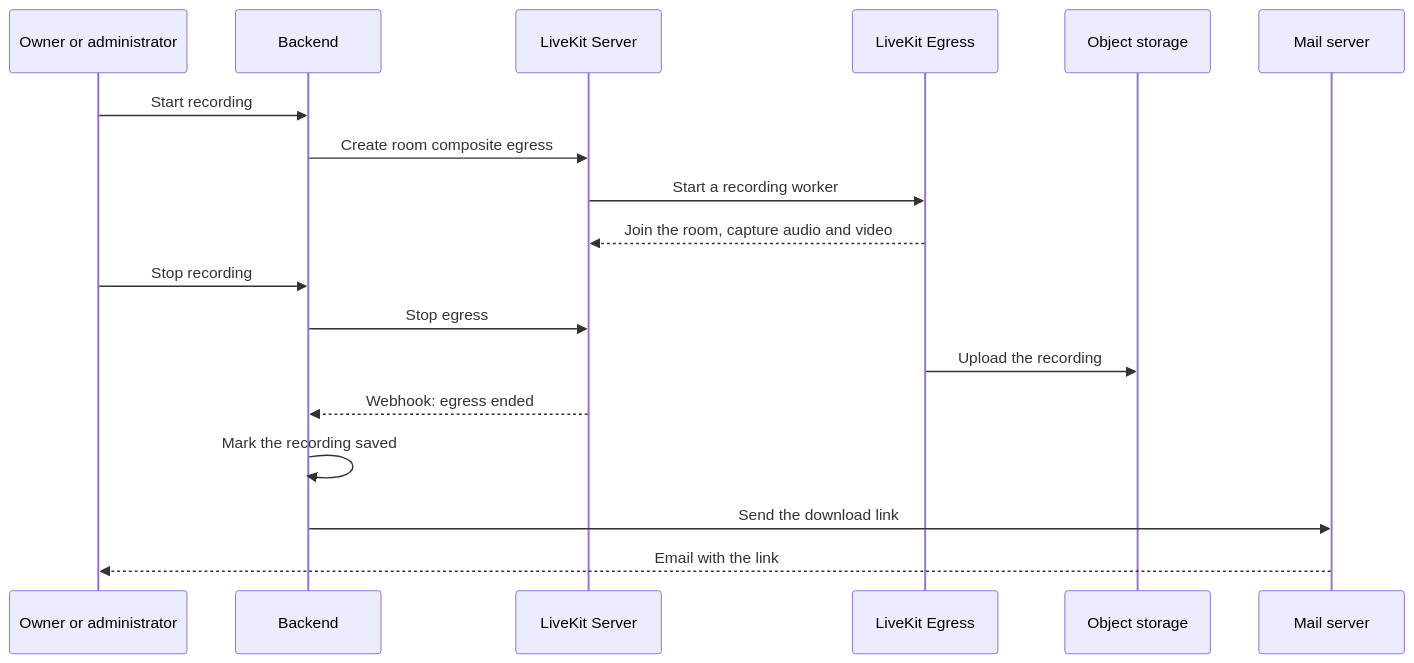
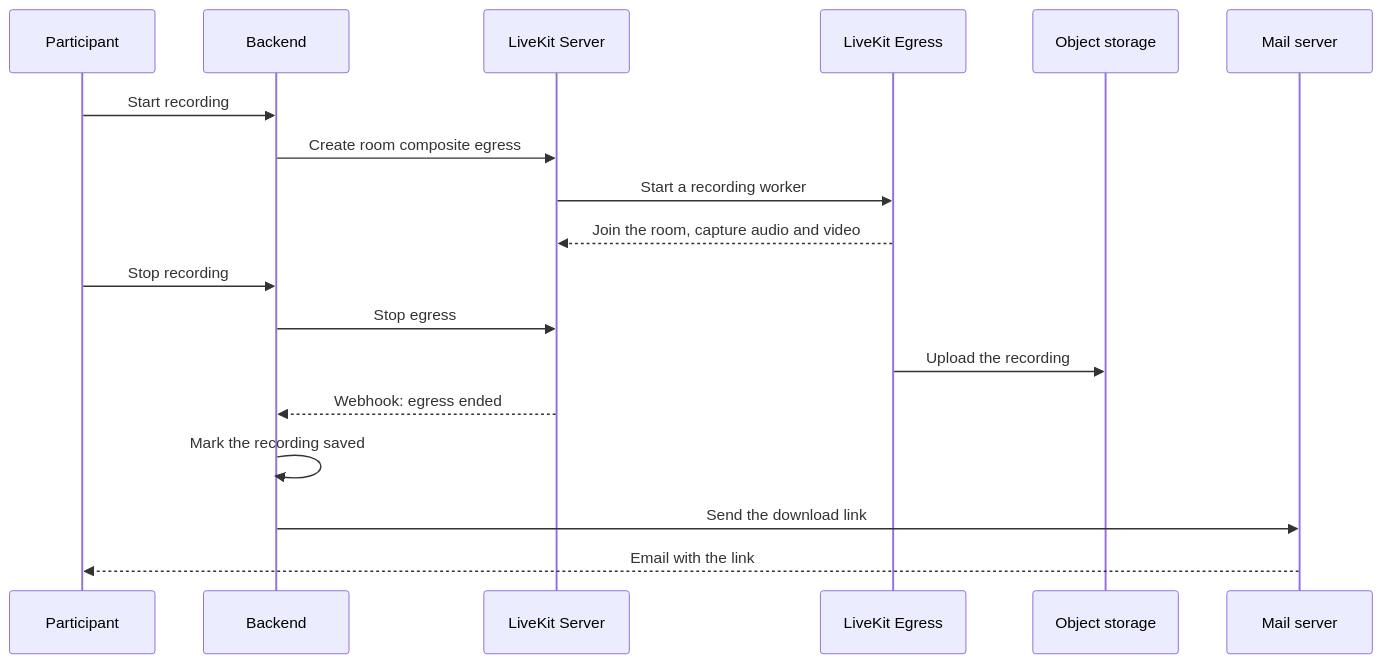
The third of 3 diagrams in docs/overview/how-meet-works.md (suitenumerique/meet), drawn with Mermaid before and after one commit. The commit also changed other lines of this file and 70 other files, not shown here.

````diff
--- a/docs/overview/how-meet-works.md
+++ b/docs/overview/how-meet-works.md
@@ -113,21 +131,21 @@
 ```mermaid
 sequenceDiagram
-    participant U as Owner or administrator
+    participant U as Participant
     participant BE as Backend
     participant LK as LiveKit Server
     participant EG as LiveKit Egress
     participant S3 as Object storage
     participant Mail as Mail server
 
     U->>BE: Start recording
     BE->>LK: Create room composite egress
     LK->>EG: Start a recording worker
     EG-->>LK: Join the room, capture audio and video
     U->>BE: Stop recording
     BE->>LK: Stop egress
     EG->>S3: Upload the recording
     LK-->>BE: Webhook: egress ended
     BE->>BE: Mark the recording saved
     BE->>Mail: Send the download link
     Mail-->>U: Email with the link
 ```
````
